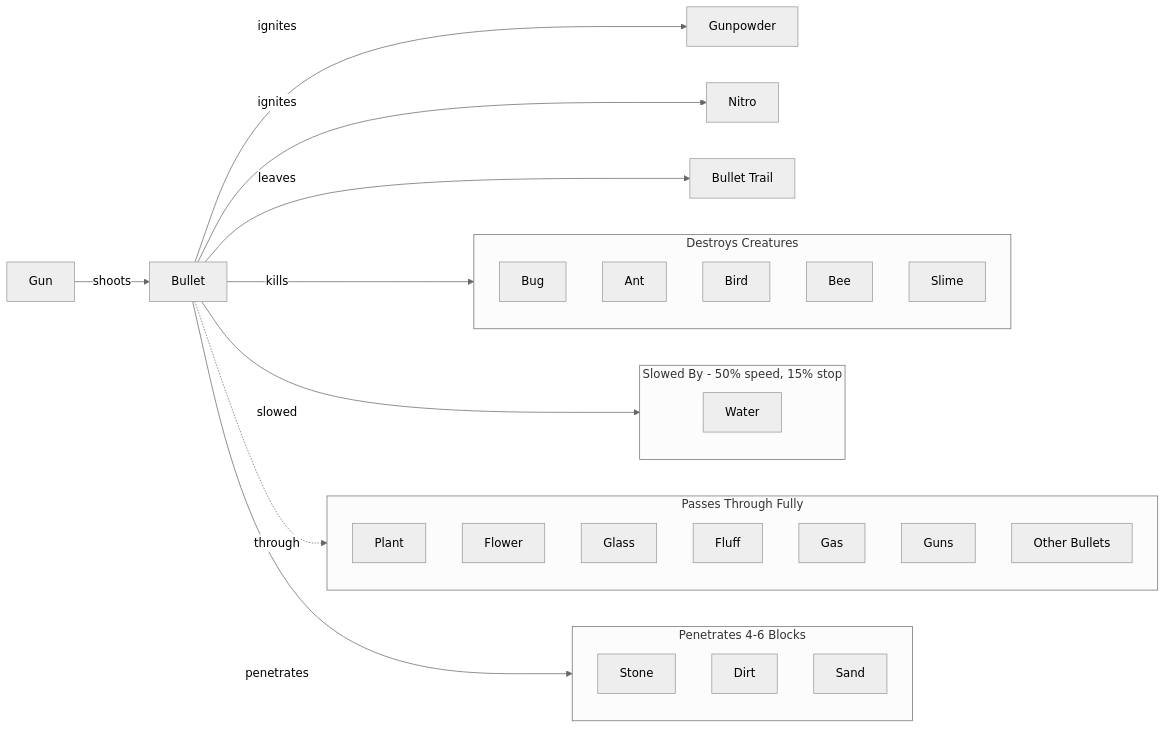
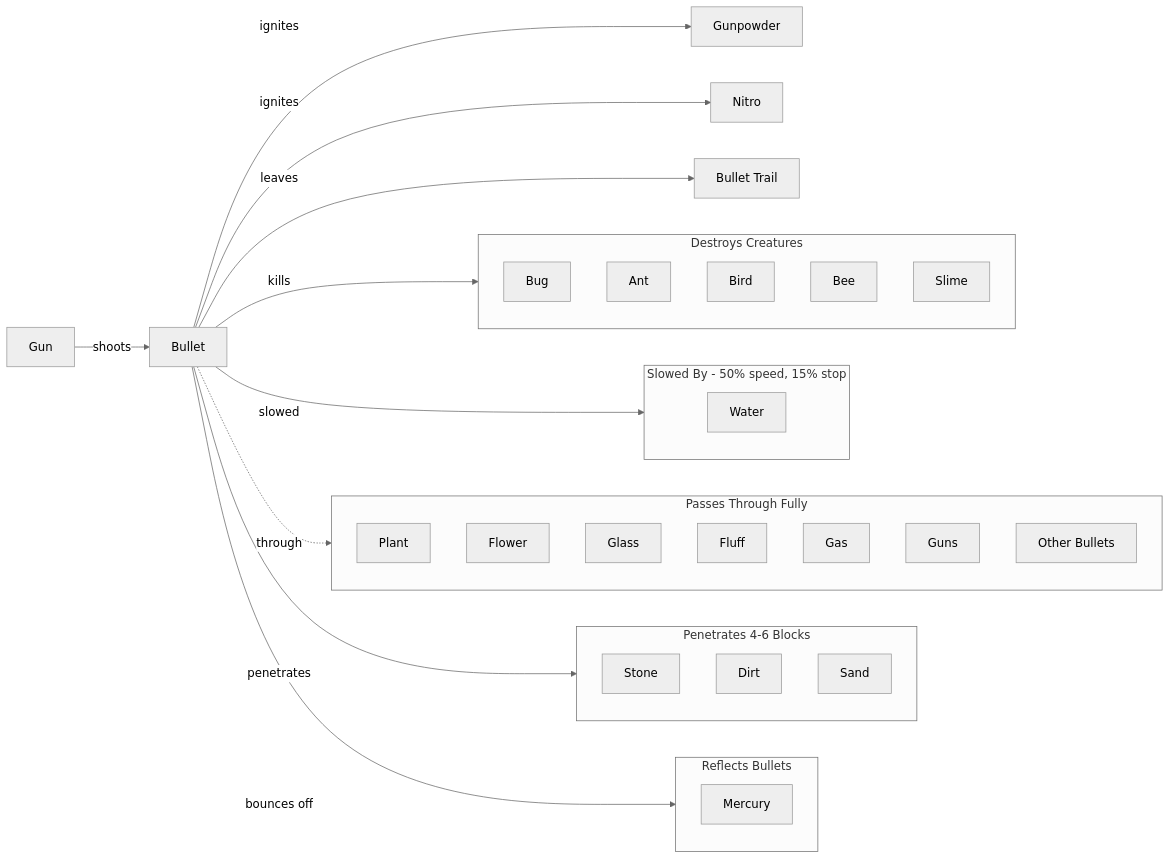
One commit to VoX/ai-sand-fork changed the fifth of 11 diagrams in README.md. Above: the diagram before and after it, drawn with Mermaid (neutral theme). The commit also changed other lines of this file and 4 other files, not shown here.

````diff
--- a/README.md
+++ b/README.md
@@ -220,40 +232,45 @@
 ```mermaid
 flowchart LR
     Gun[Gun] -->|shoots| Bullet[Bullet]
     Bullet -->|ignites| Gunpowder[Gunpowder]
     Bullet -->|ignites| Nitro[Nitro]
 
     subgraph Destroys[Destroys Creatures]
         Bug[Bug]
         Ant[Ant]
         Bird[Bird]
         Bee[Bee]
         Slime[Slime]
     end
 
     subgraph SlowedBy[Slowed By - 50% speed, 15% stop]
         Water[Water]
     end
 
     subgraph PassThrough[Passes Through Fully]
         Plant[Plant]
         Flower[Flower]
         Glass[Glass]
         Fluff[Fluff]
         Gas[Gas]
         Guns[Guns]
         OtherBullets[Other Bullets]
     end
 
     subgraph Penetrates[Penetrates 4-6 Blocks]
         Stone[Stone]
         Dirt[Dirt]
         Sand[Sand]
     end
 
+    subgraph Reflects[Reflects Bullets]
+        Mercury[Mercury]
+    end
+
     Bullet -->|kills| Destroys
     Bullet -->|slowed| SlowedBy
     Bullet -.->|through| PassThrough
     Bullet -->|penetrates| Penetrates
+    Bullet -->|bounces off| Reflects
     Bullet -->|leaves| Trail[Bullet Trail]
 ```
````
